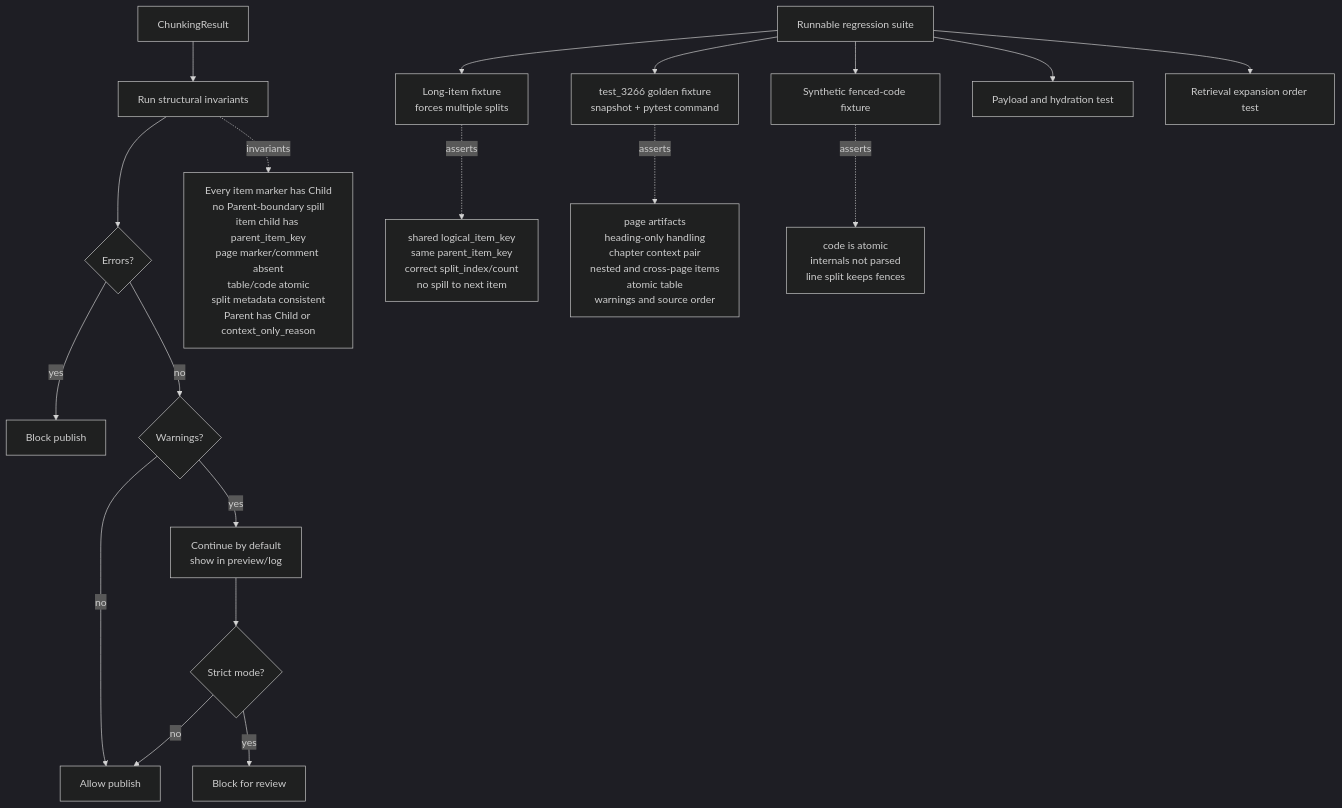
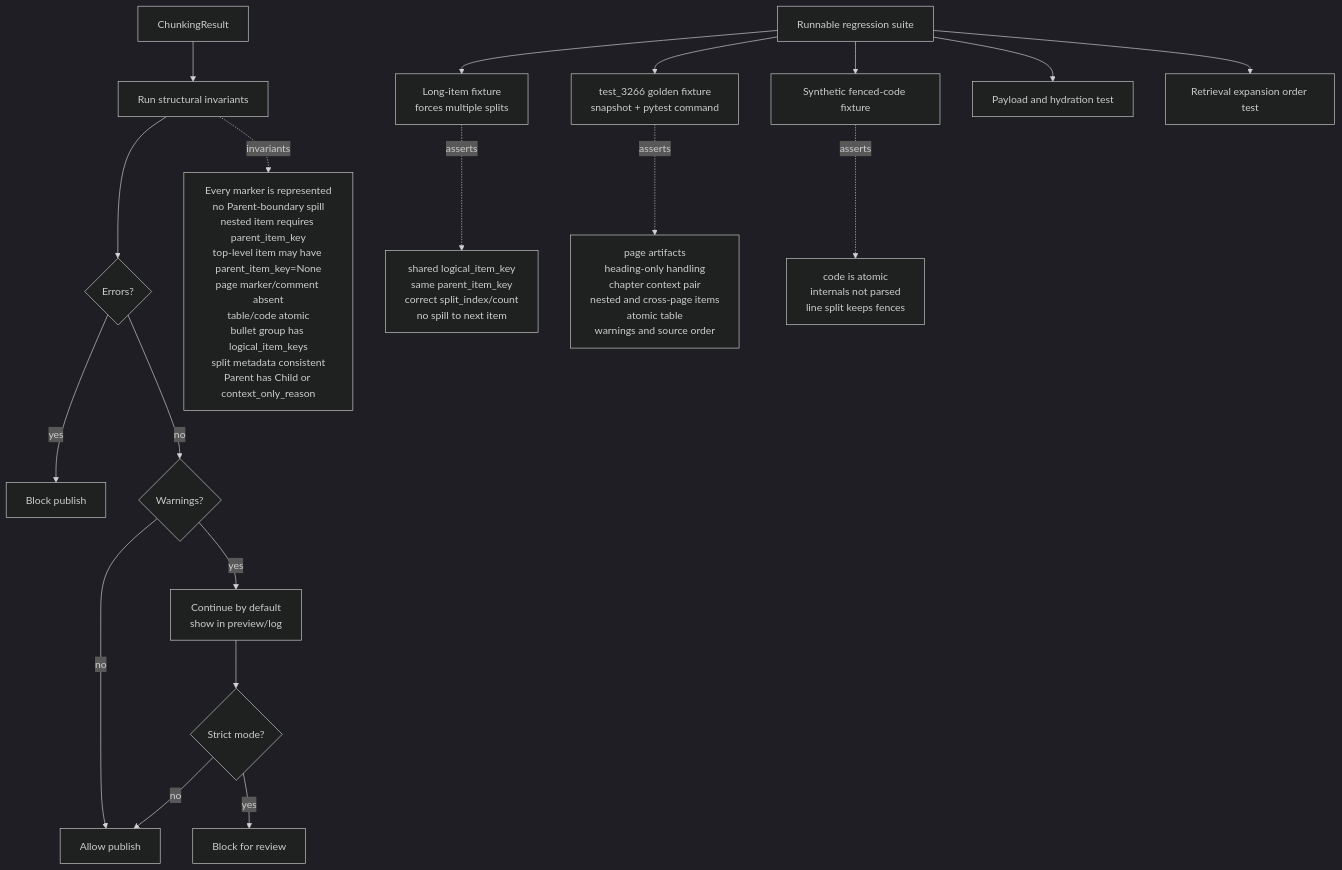
Before and after one commit to Ngocanhjr/CSS-CTU-Student-Service: the diagram in .docs/diagrams/flowchart/17_validation_golden_tests_flow.mmd, drawn with Mermaid (dark theme). The commit also changed 31 other files, not shown here.

Commit message:
'update-flowchat-excalidraw'

```diff
--- a/.docs/diagrams/flowchart/17_validation_golden_tests_flow.mmd
+++ b/.docs/diagrams/flowchart/17_validation_golden_tests_flow.mmd
@@ -1,41 +1,41 @@
 %% Sources:
 %% - 17_PART_J_E2E_TEST_AND_SMOKE_GUIDE.md
 %% - final reconciliation decisions
 
 flowchart TD
     A[ChunkingResult]
     B[Run structural invariants]
     C{Errors?}
     D[Block publish]
     E{Warnings?}
     F[Continue by default<br/>show in preview/log]
     G{Strict mode?}
     H[Block for review]
     I[Allow publish]
 
     A --> B --> C
     C -->|yes| D
     C -->|no| E
     E -->|no| I
     E -->|yes| F --> G
     G -->|yes| H
     G -->|no| I
 
-    B -. invariants .-> J[Every item marker has Child<br/>no Parent-boundary spill<br/>item child has parent_item_key<br/>page marker/comment absent<br/>table/code atomic<br/>split metadata consistent<br/>Parent has Child or context_only_reason]
+    B -. invariants .-> J[Every marker is represented<br/>no Parent-boundary spill<br/>nested item requires parent_item_key<br/>top-level item may have parent_item_key=None<br/>page marker/comment absent<br/>table/code atomic<br/>bullet group has logical_item_keys<br/>split metadata consistent<br/>Parent has Child or context_only_reason]
 
     K[Runnable regression suite]
     L[Long-item fixture<br/>forces multiple splits]
     M[test_3266 golden fixture<br/>snapshot + pytest command]
     N[Synthetic fenced-code fixture]
     O[Payload and hydration test]
     P[Retrieval expansion order test]
 
     K --> L
     K --> M
     K --> N
     K --> O
     K --> P
 
     L -. asserts .-> Q[shared logical_item_key<br/>same parent_item_key<br/>correct split_index/count<br/>no spill to next item]
     M -. asserts .-> R[page artifacts<br/>heading-only handling<br/>chapter context pair<br/>nested and cross-page items<br/>atomic table<br/>warnings and source order]
     N -. asserts .-> S[code is atomic<br/>internals not parsed<br/>line split keeps fences]
```
